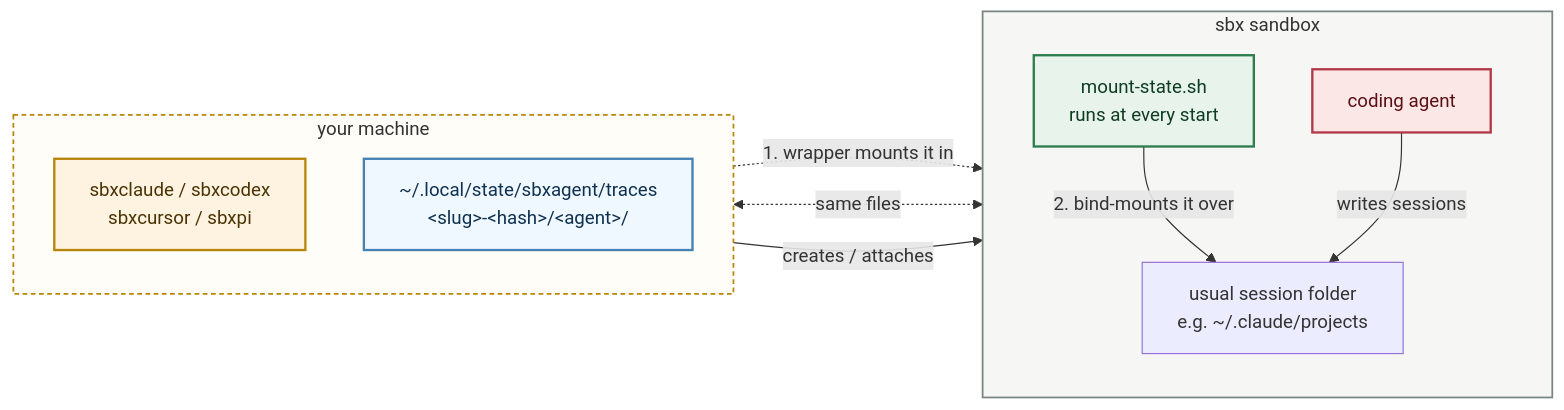
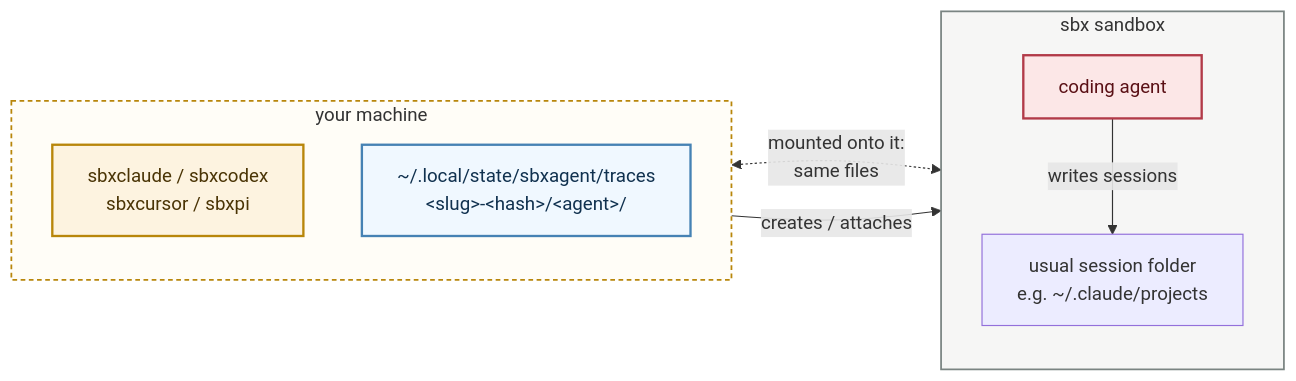
Before and after one commit to lars20070/sbxagent: the diagram in docs/traces.md, drawn with Mermaid. The commit also changed other lines of this file and 57 other files, not shown here.

````diff
--- a/docs/traces.md
+++ b/docs/traces.md
@@ -37,36 +32,31 @@
 ```mermaid
 ---
 config:
   layout: dagre
 ---
 flowchart LR
   subgraph HOST["your machine"]
     direction TB
     WRAP["sbxclaude / sbxcodex<br/>sbxcursor / sbxpi"]
     STATE["~/.local/state/sbxagent/traces<br/>&lt;slug&gt;-&lt;hash&gt;/&lt;agent&gt;/"]
   end
 
   subgraph VM["sbx sandbox"]
     direction TB
-    MOUNT["mount-state.sh<br/>runs at every start"]
     STOCK["usual session folder<br/>e.g. ~/.claude/projects"]
     AGENT["coding agent"]
   end
 
   WRAP -->|"creates / attaches"| VM
-  STATE -.->|"1. wrapper mounts it in"| MOUNT
-  MOUNT -->|"2. bind-mounts it over"| STOCK
-  STATE <-.->|"same files"| STOCK
+  STATE <-.->|"mounted onto it:<br/>same files"| STOCK
   AGENT -->|"writes sessions"| STOCK
 
   classDef data    fill:aliceblue,stroke:steelblue,stroke-width:2px,color:#10314F
   classDef host    fill:#FDF3E0,stroke:#B8860B,stroke-width:2px,color:#4A3405
   classDef agent   fill:#FCE7E7,stroke:#B23A48,stroke-width:2px,color:#5A1015
-  classDef step    fill:#E8F3EC,stroke:#2E7D4F,stroke-width:2px,color:#0F3D22
   class STATE data
   class WRAP host
   class AGENT agent
-  class MOUNT step
   style VM fill:#F6F6F5,stroke:#7A8482,stroke-width:1.5px
   style HOST fill:#FFFDF7,stroke:#B8860B,stroke-width:1.5px,stroke-dasharray:4 3
 ```
````
